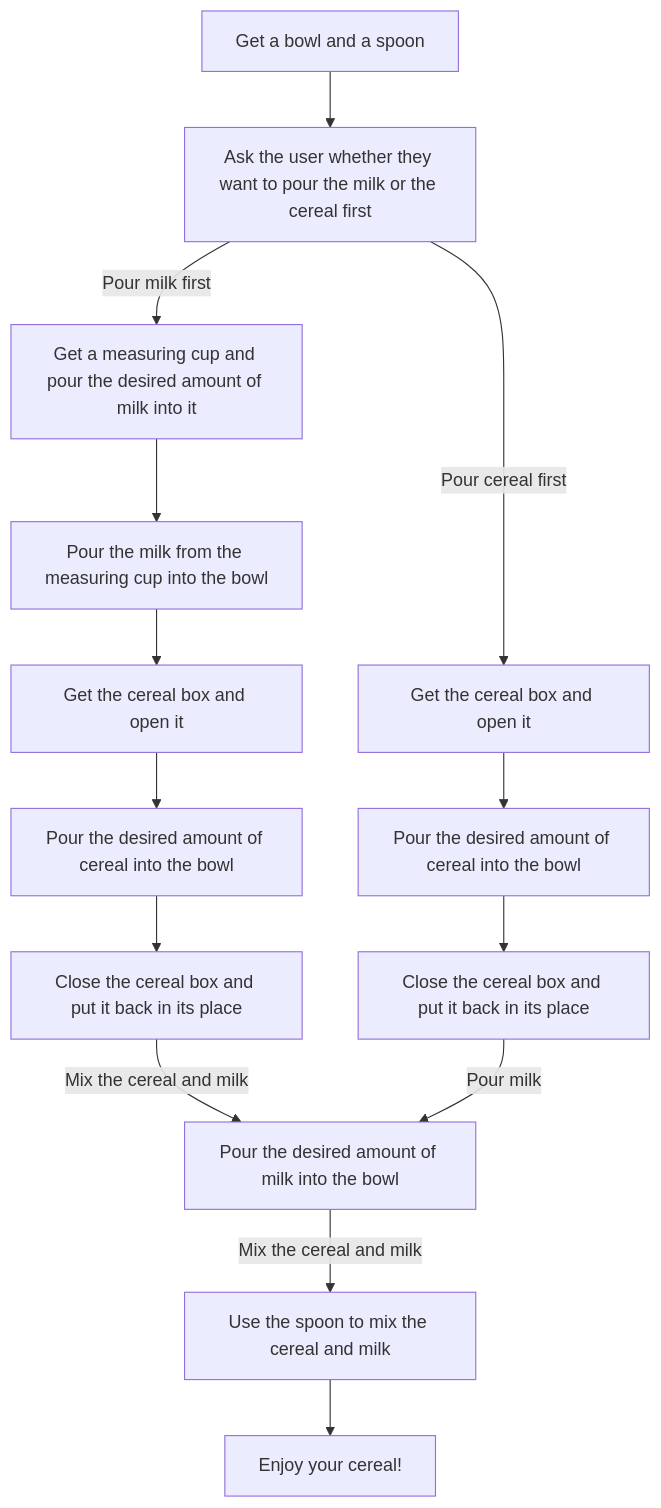
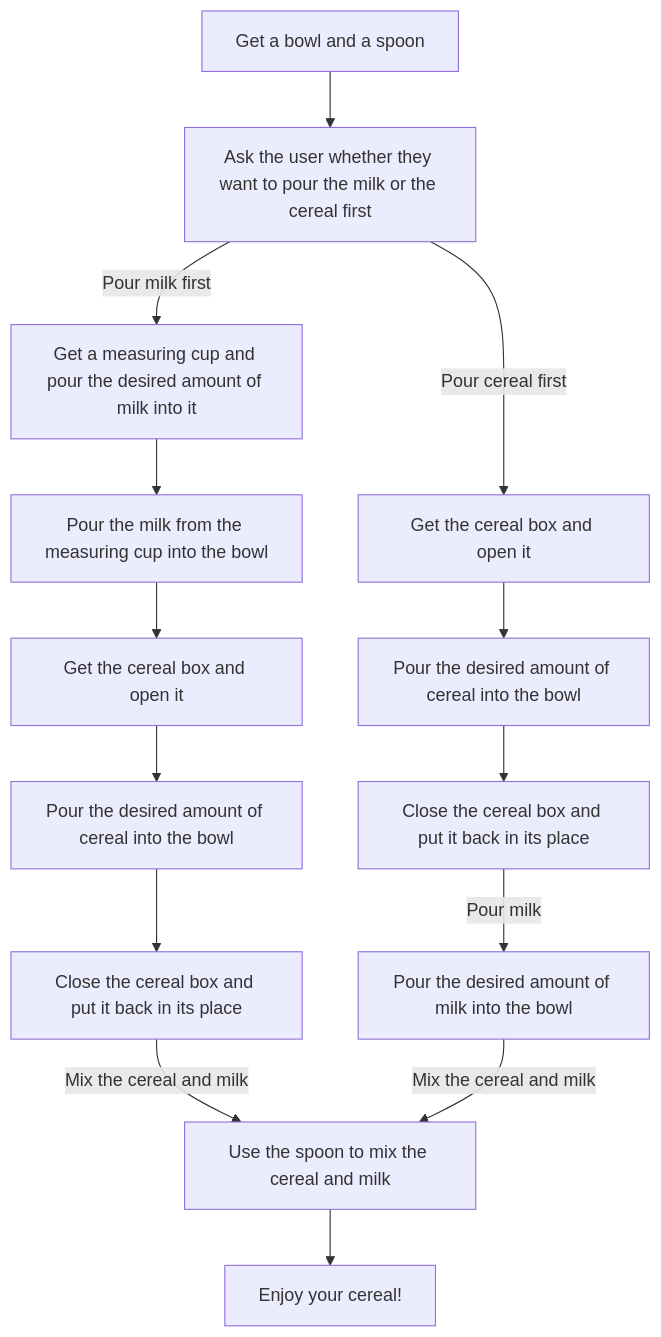
Before and after one commit to RodolfoXiloj/core-code-from-scratch-readme: the diagram in challenges/week02/monday/README.md, drawn with Mermaid.

Commit message:
update monday 3

````diff
--- a/challenges/week02/monday/README.md
+++ b/challenges/week02/monday/README.md
@@ -48,16 +48,16 @@
 ```mermaid
 flowchart TD
     A[Get a bowl and a spoon] --> B[Ask the user whether they want to pour the milk or the cereal first]
     B -- Pour milk first --> C[Get a measuring cup and pour the desired amount of milk into it]
     C --> D[Pour the milk from the measuring cup into the bowl]
     D --> E[Get the cereal box and open it]
     E --> F[Pour the desired amount of cereal into the bowl]
     F --> G[Close the cereal box and put it back in its place]
-    G -- Mix the cereal and milk --> M[Use the spoon to mix the cereal and milk]
+    G -- Mix the cereal and milk --> N[Use the spoon to mix the cereal and milk]
     B -- Pour cereal first --> J[Get the cereal box and open it]
     J --> K[Pour the desired amount of cereal into the bowl]
     K --> L[Close the cereal box and put it back in its place]
     L -- Pour milk --> M[Pour the desired amount of milk into the bowl]
     M -- Mix the cereal and milk --> N[Use the spoon to mix the cereal and milk]
     N --> O[Enjoy your cereal!]
 ``` 
````
